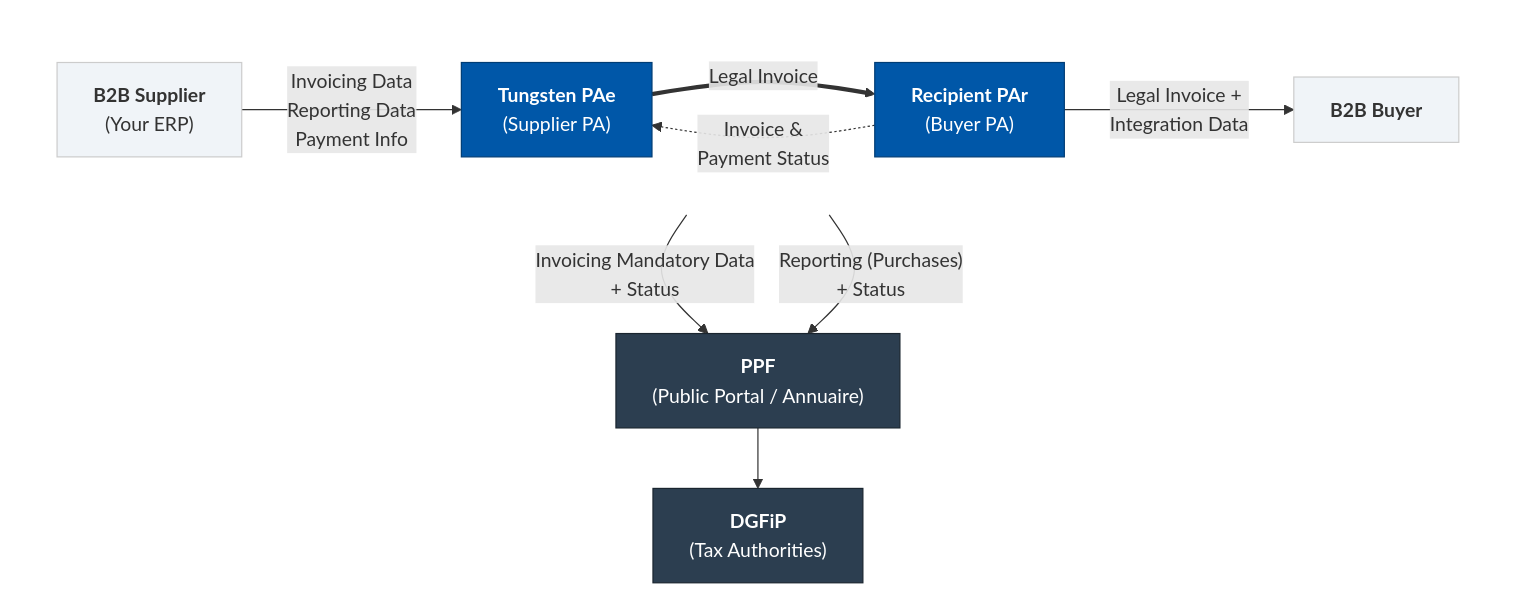
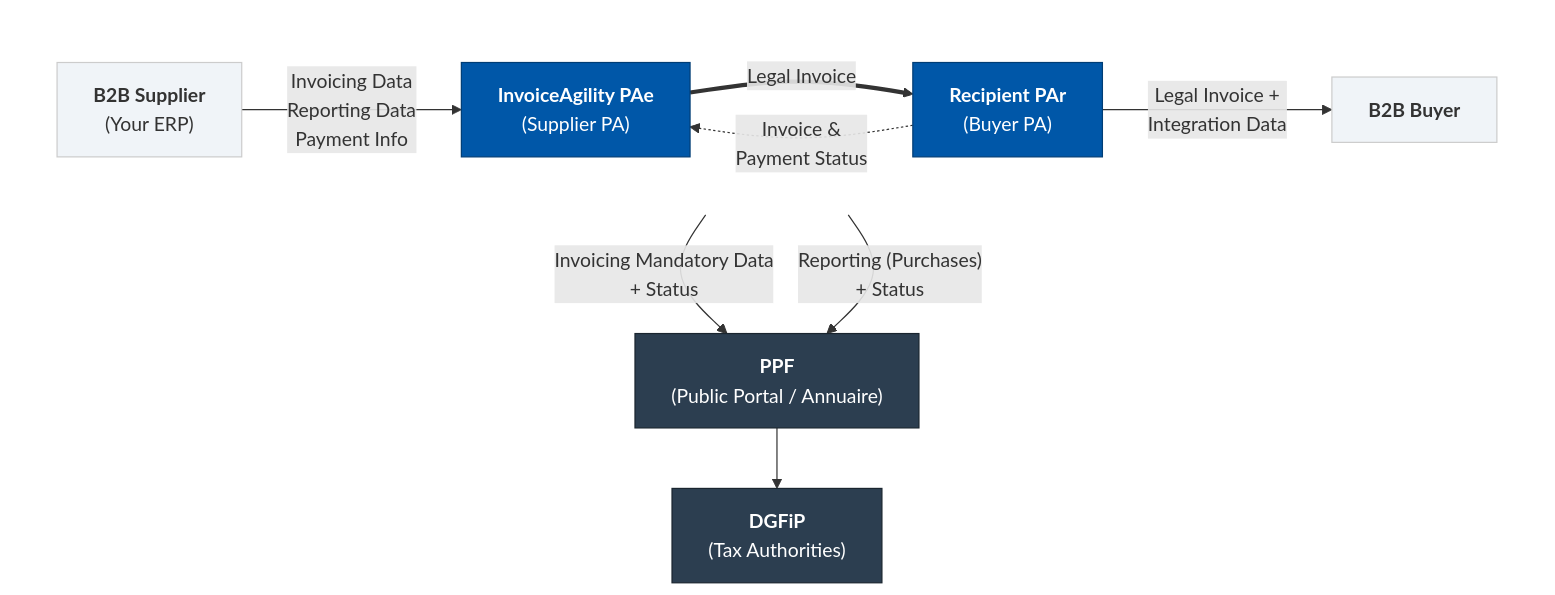
The diagram in docs/france-einvoicing-solution.md (eps-metal/France), drawn with Mermaid before and after one commit. The commit also changed other lines of this file, not shown here.

First line of the commit message:
fix: complete InvoiceAgility rename pass and remove stray Sovos refs

````diff
--- a/docs/france-einvoicing-solution.md
+++ b/docs/france-einvoicing-solution.md
@@ -26,22 +26,22 @@
 ```mermaid
 graph TB
     subgraph top [" "]
         direction LR
-        S["<b>B2B Supplier</b><br/>(Your ERP)"] -->|"Invoicing Data<br/>Reporting Data<br/>Payment Info"| PAe["<b>Tungsten PAe</b><br/>(Supplier PA)"]
+        S["<b>B2B Supplier</b><br/>(Your ERP)"] -->|"Invoicing Data<br/>Reporting Data<br/>Payment Info"| PAe["<b>InvoiceAgility PAe</b><br/>(Supplier PA)"]
         PAe ==>|"Legal Invoice"| PAr["<b>Recipient PAr</b><br/>(Buyer PA)"]
         PAr -.->|"Invoice &<br/>Payment Status"| PAe
         PAr -->|"Legal Invoice +<br/>Integration Data"| B["<b>B2B Buyer</b>"]
     end
 
     PAe -->|"Invoicing Mandatory Data<br/>+ Status"| PPF["<b>PPF</b><br/>(Public Portal / Annuaire)"]
     PAr -->|"Reporting (Purchases)<br/>+ Status"| PPF
     PPF --> DG["<b>DGFiP</b><br/>(Tax Authorities)"]
 
     style top fill:none,stroke:none
     style PAe fill:#0057a8,color:#fff,stroke:#003d75
     style PAr fill:#0057a8,color:#fff,stroke:#003d75
     style PPF fill:#2c3e50,color:#fff,stroke:#1a252f
     style DG fill:#2c3e50,color:#fff,stroke:#1a252f
     style S fill:#f0f4f8,color:#333,stroke:#ccc
     style B fill:#f0f4f8,color:#333,stroke:#ccc
 ```
````
